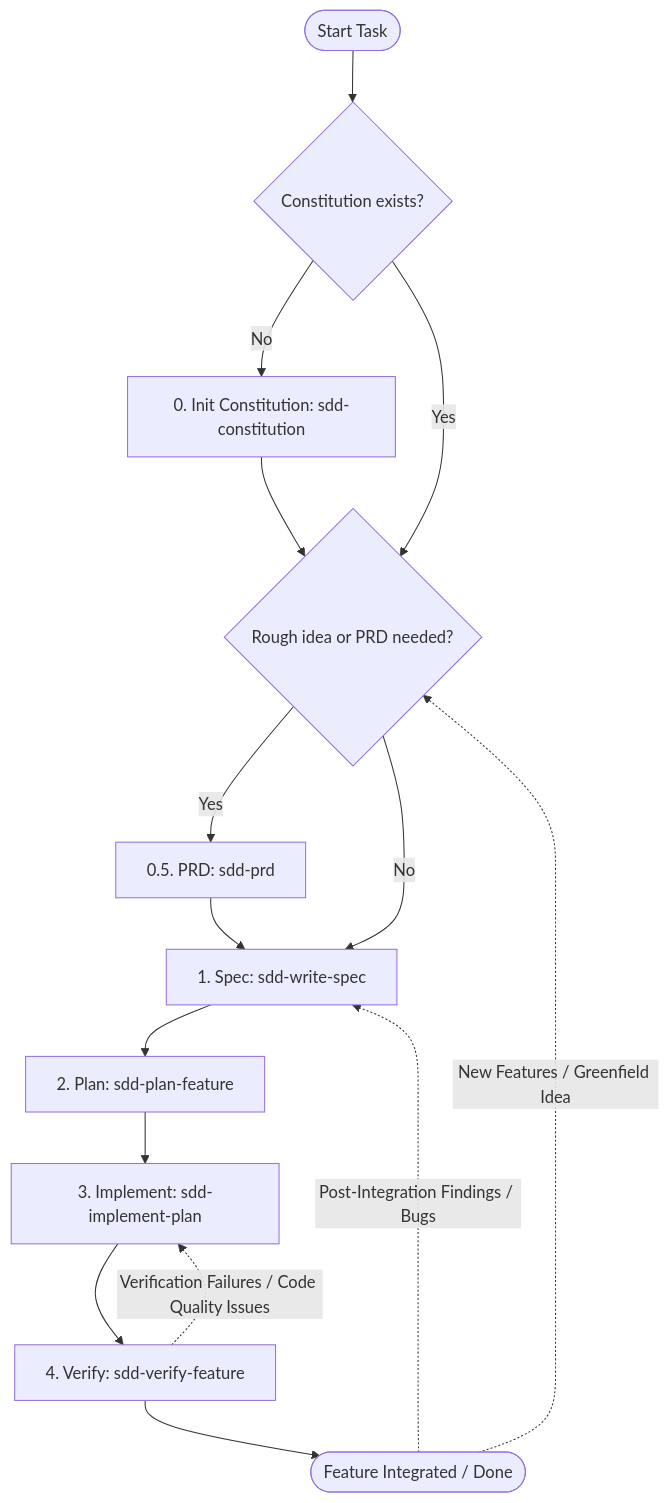
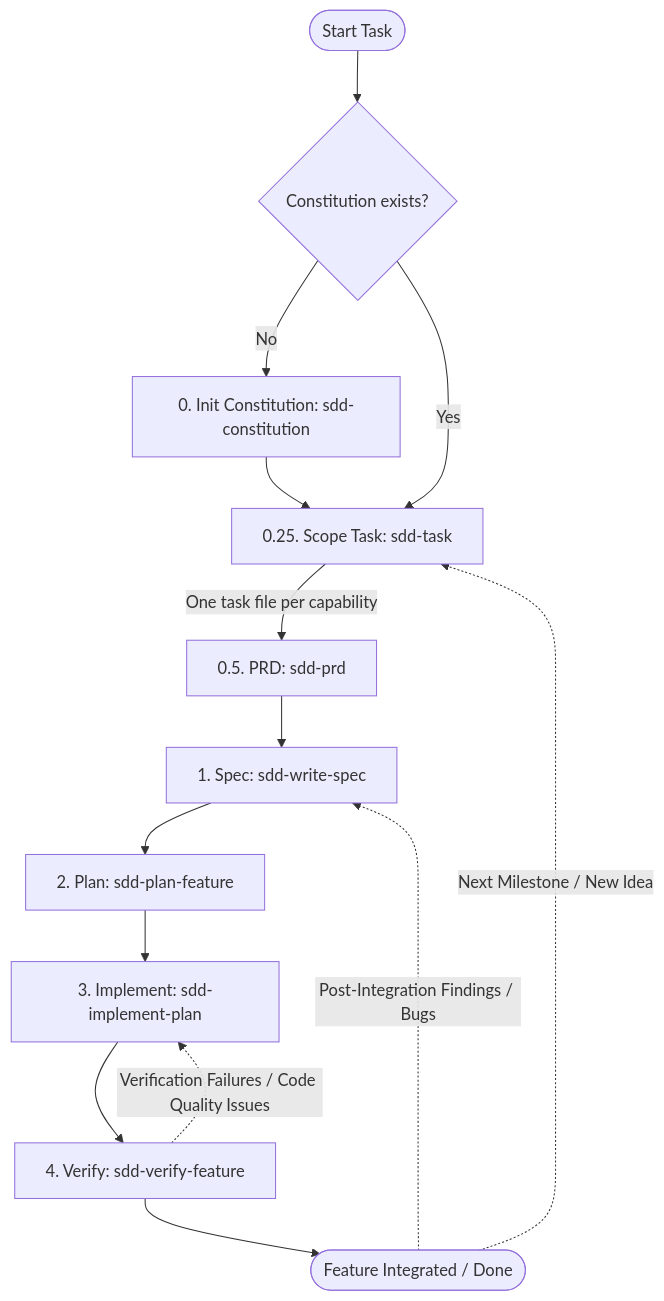
One commit to isaackolamide/sdd-harness changed the diagram in README.md. Above: the diagram before and after it, drawn with Mermaid. The commit also changed other lines of this file and 19 other files, not shown here.

First line of the commit message:
feat: add sdd-task skill, TDD evidence gate, and drop Figma support

````diff
--- a/README.md
+++ b/README.md
@@ -91,23 +89,22 @@
 ```mermaid
 flowchart TD
     Start(["Start Task"]) --> Constitution{"Constitution exists?"}
     Constitution -- "No" --> Init["0. Init Constitution: sdd-constitution"]
-    Init --> RoughIdea{"Rough idea or PRD needed?"}
-    Constitution -- "Yes" --> RoughIdea
+    Init --> Task["0.25. Scope Task: sdd-task"]
+    Constitution -- "Yes" --> Task
     
-    RoughIdea -- "Yes" --> PRD["0.5. PRD: sdd-prd"]
+    Task -- "One task file per capability" --> PRD["0.5. PRD: sdd-prd"]
     PRD --> Spec["1. Spec: sdd-write-spec"]
-    RoughIdea -- "No" --> Spec
     
     Spec --> Plan["2. Plan: sdd-plan-feature"]
     Plan --> Implement["3. Implement: sdd-implement-plan"]
     Implement --> Verify["4. Verify: sdd-verify-feature"]
     Verify --> Finish(["Feature Integrated / Done"])
     
     %% Loop for issues found during verification
     Verify -. "Verification Failures / Code Quality Issues" .-> Implement
     
     %% Loop for post-integration feedback/bugs
     Finish -. "Post-Integration Findings / Bugs" .-> Spec
-    Finish -. "New Features / Greenfield Idea" .-> RoughIdea
+    Finish -. "Next Milestone / New Idea" .-> Task
 ```
````
